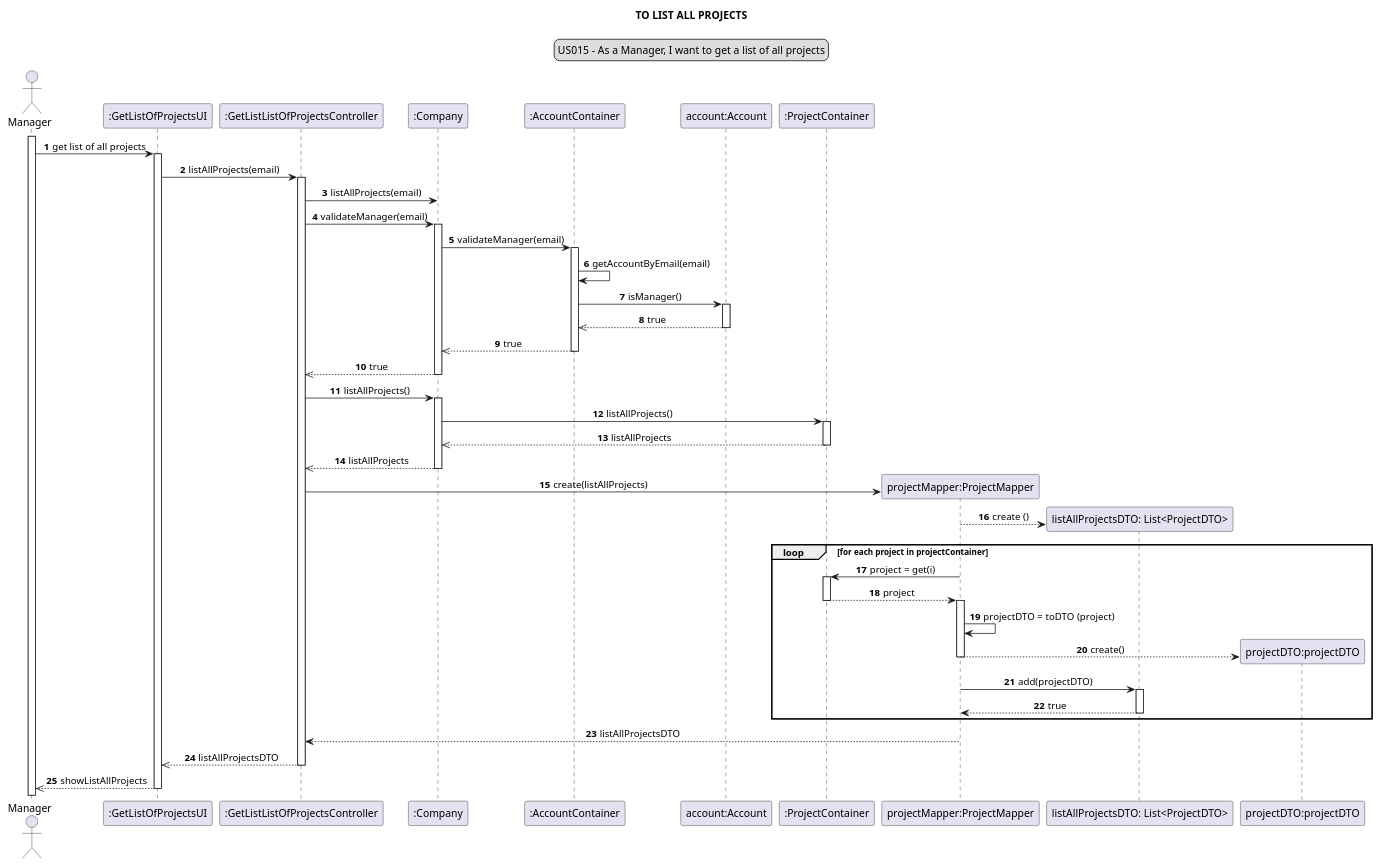
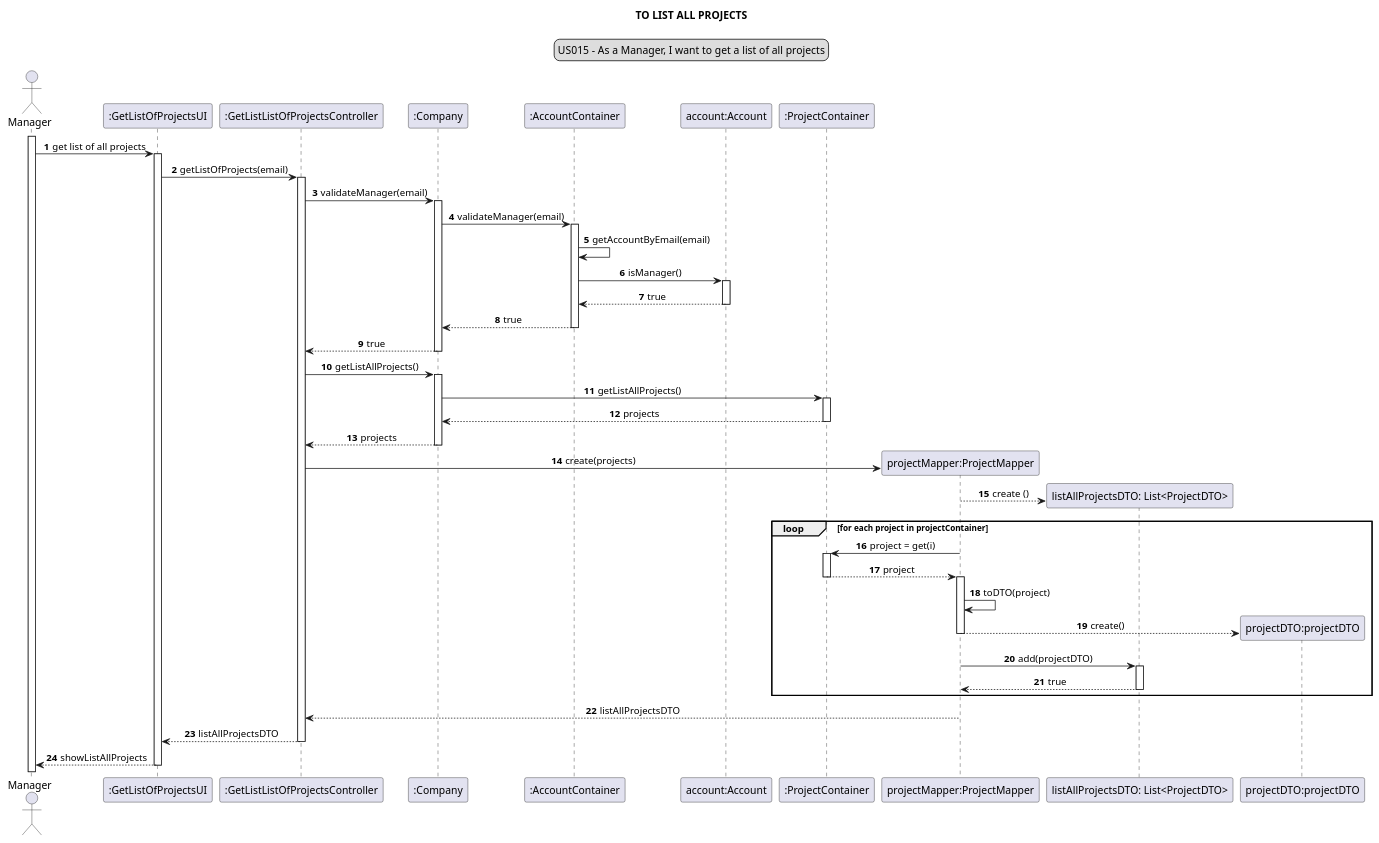
One commit to Loracline/project_switch_22-23 changed the diagram in docs/modelling_design/user_stories/sprint02/us015/US015_sequenceDiagram.puml. Above: the diagram before and after it, drawn with PlantUML. The commit also changed 1 other file, not shown here.

Commit message:
US015: Design: Update class and sequence diagrams

```diff
--- a/docs/modelling_design/user_stories/sprint02/us015/US015_sequenceDiagram.puml
+++ b/docs/modelling_design/user_stories/sprint02/us015/US015_sequenceDiagram.puml
@@ -1,71 +1,70 @@
 @startuml
 skinparam sequenceMessageAlign center
 title TO LIST ALL PROJECTS
 legend top
 US015 - As a Manager, I want to get a list of all projects
 end legend
 autonumber
 actor Manager
 participant ":GetListOfProjectsUI" as ui
 participant ":GetListListOfProjectsController" as controller
 participant ":Company" as company
 participant ":AccountContainer" as ac
 participant "account:Account" as a
 participant ":ProjectContainer" as pc
 participant "projectMapper:ProjectMapper" as mapper
 participant "listAllProjectsDTO: List<ProjectDTO>" as list
 participant "projectDTO:projectDTO" as DTO
 
 activate Manager
 Manager -> ui: get list of all projects
 activate ui
-ui -> controller: listAllProjects(email)
+ui -> controller: getListOfProjects(email)
 activate controller
-controller -> company: listAllProjects(email)
 controller -> company: validateManager(email)
 activate company
 company -> ac: validateManager(email)
 activate ac
 ac -> ac: getAccountByEmail(email)
 ac -> a: isManager()
 activate a
-a -->> ac: true
+a --> ac: true
 deactivate a
-ac -->> company: true
+ac --> company: true
 deactivate ac
-company -->> controller: true
+company --> controller: true
 deactivate company
-controller -> company: listAllProjects()
+controller -> company: getListAllProjects()
 activate company
-company -> pc: listAllProjects()
+company -> pc: getListAllProjects()
 activate pc
-pc -->> company: listAllProjects
+pc --> company: projects
 deactivate pc
-company -->> controller: listAllProjects
+company --> controller: projects
 deactivate company
 create mapper
-controller -> mapper: create(listAllProjects)
+controller -> mapper: create(projects)
 create list
 mapper --> list: create ()
 loop for each project in projectContainer
 mapper -> pc: project = get(i)
 activate pc
 pc --> mapper: project
 deactivate pc
 activate mapper
-mapper -> mapper : projectDTO = toDTO (project)
+mapper -> mapper : toDTO(project)
 create DTO
 mapper --> DTO : create()
 deactivate mapper
 mapper ->list :add(projectDTO)
 activate list
 list --> mapper : true
 deactivate list
 end loop
 mapper --> controller :listAllProjectsDTO
 deactivate mapper
-controller -->> ui: listAllProjectsDTO
+controller --> ui: listAllProjectsDTO
 deactivate controller
-ui -->>Manager: showListAllProjects
+ui --> Manager: showListAllProjects
 deactivate ui
 @enduml
```
